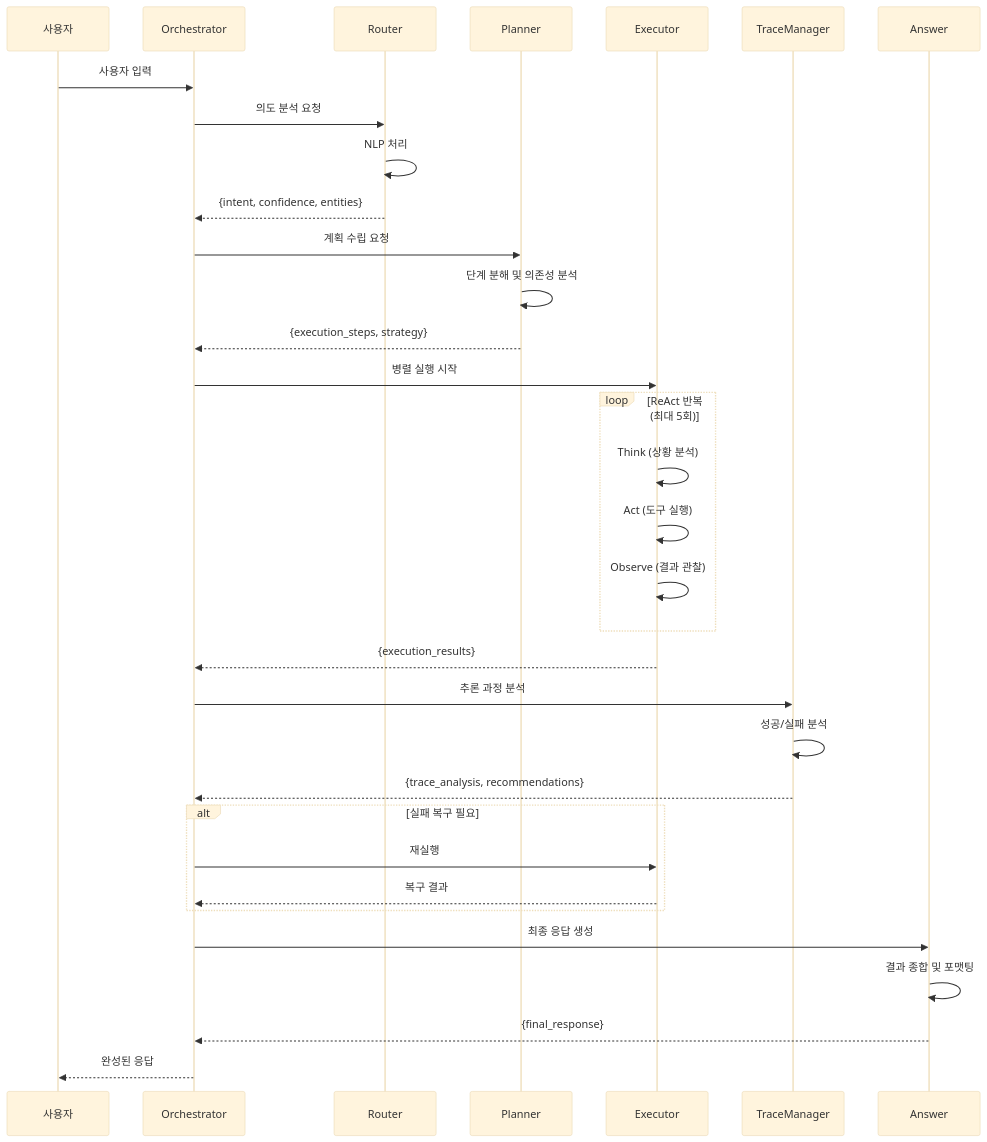
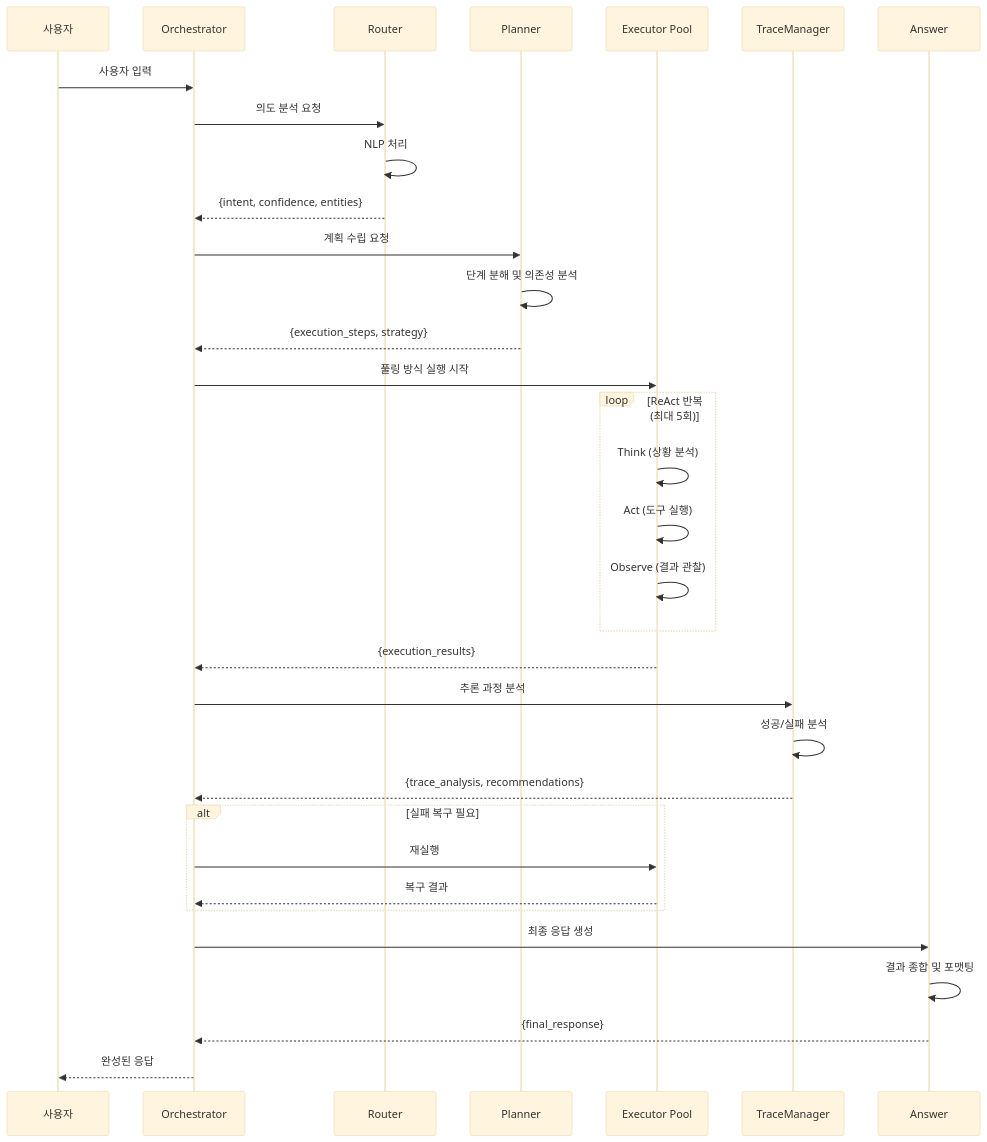
Before and after one commit to Qulip/CloudRegiX: the third of 3 diagrams in README.md, drawn with Mermaid (base theme). The commit also changed other lines of this file, not shown here.

````diff
--- a/README.md
+++ b/README.md
@@ -182,41 +200,41 @@
 ```mermaid
 sequenceDiagram
     participant U as 사용자
     participant O as Orchestrator
     participant R as Router
     participant P as Planner
-    participant E as Executor
+    participant E as Executor Pool
     participant T as TraceManager
     participant A as Answer
 
     U->>O: 사용자 입력
     O->>R: 의도 분석 요청
     R->>R: NLP 처리
     R-->>O: {intent, confidence, entities}
 
     O->>P: 계획 수립 요청
     P->>P: 단계 분해 및 의존성 분석
     P-->>O: {execution_steps, strategy}
 
-    O->>E: 병렬 실행 시작
+    O->>E: 풀링 방식 실행 시작
     loop ReAct 반복 (최대 5회)
         E->>E: Think (상황 분석)
         E->>E: Act (도구 실행)
         E->>E: Observe (결과 관찰)
     end
     E-->>O: {execution_results}
 
     O->>T: 추론 과정 분석
     T->>T: 성공/실패 분석
     T-->>O: {trace_analysis, recommendations}
 
     alt 실패 복구 필요
         O->>E: 재실행
         E-->>O: 복구 결과
     end
 
     O->>A: 최종 응답 생성
     A->>A: 결과 종합 및 포맷팅
     A-->>O: {final_response}
     O-->>U: 완성된 응답
 ```
````
